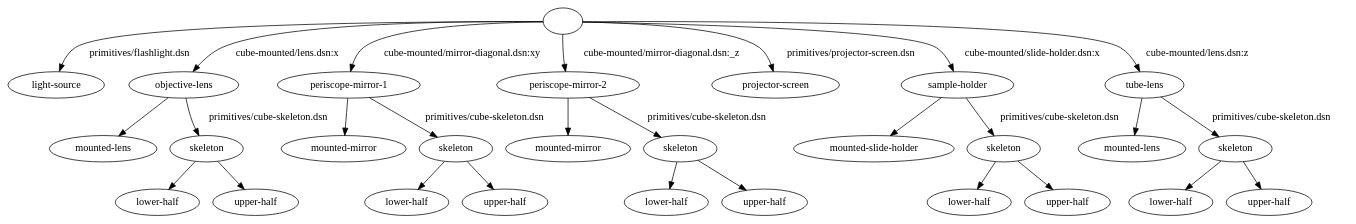
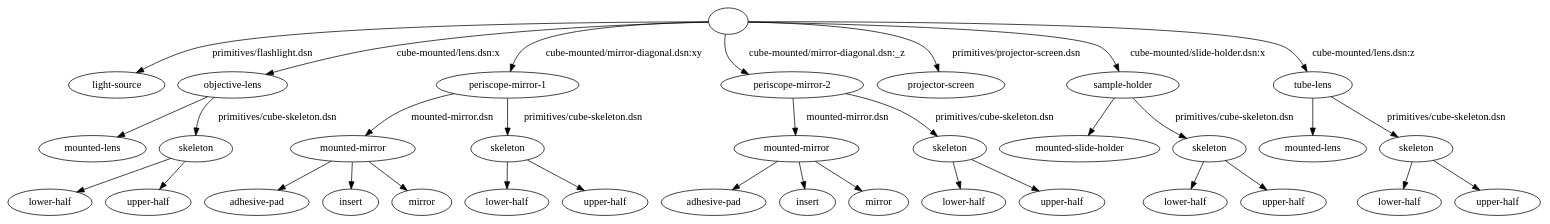
The diagram in examples/designs/microscopes/simple-3d.dsn/_components-graph.dot (openUC2/optikit), drawn with Graphviz before and after one commit. The commit also changed 77 other files, not shown here.

Commit message:
Decompose the diagonal mirror insert into its primitive components

```diff
--- a/examples/designs/microscopes/simple-3d.dsn/_components-graph.dot
+++ b/examples/designs/microscopes/simple-3d.dsn/_components-graph.dot
@@ -1,209 +1,253 @@
 strict digraph "" {
-	graph [bb="0,0,1484,286.6"];
+	graph [bb="0,0,1872.5,286.6"];
 	node [label="\N"];
 	edge [label="\E"];
 	""	[height=0.5,
-		pos="615.16,268.6",
+		pos="886.25,268.6",
 		width=0.75];
 	"light-source"	[height=0.5,
 		label="light-source",
-		pos="57.162,179.8",
+		pos="199.25,179.8",
 		width=1.5878];
 	"" -> "light-source"	[key=" -> light-source",
 		label="primitives/flashlight.dsn",
-		lp="149.92,224.2",
-		pos="e,60.603,198.24 587.94,267.41 485.06,266.49 123.74,261.21 81.668,232.6 73.48,227.03 67.955,217.96 64.259,208.96"];
+		lp="366.01,224.2",
+		pos="e,222.35,196.58 859,267.5 758.03,266.89 405.47,262.61 297.76,232.6 274.52,226.12 250.51,213.64 232.02,202.55"];
 	"objective-lens"	[height=0.5,
 		label="objective-lens",
-		pos="200.16,179.8",
+		pos="339.25,179.8",
 		width=1.8111];
 	"" -> "objective-lens"	[key=" -> objective-lens",
 		label="cube-mounted/lens.dsn:x",
-		lp="310.98,224.2",
-		pos="e,208.83,198.1 587.72,267.8 511.8,267.92 300.61,265.23 240.8,232.6 230.3,226.87 221.59,217.17 214.97,207.7"];
+		lp="572.07,224.2",
+		pos="e,376.11,195.08 858.93,267.14 795.56,265.65 633.9,259.3 501.89,232.6 462.23,224.58 418.6,210.37 386.52,198.87"];
 	"periscope-mirror-1"	[height=0.5,
 		label="periscope-mirror-1",
-		pos="379.16,179.8",
+		pos="624.25,179.8",
 		width=2.3324];
 	"" -> "periscope-mirror-1"	[key=" -> periscope-mirror-1",
 		label="cube-mounted/mirror-diagonal.dsn:xy",
-		lp="503.44,224.2",
-		pos="e,380.53,198.28 587.94,266.67 535.95,264.35 425.18,256.64 396.72,232.6 389.76,226.72 385.55,217.97 383.01,209.33"];
+		lp="771.53,224.2",
+		pos="e,633.2,198.08 859.3,265.8 807.74,261.97 697.35,251.74 664.81,232.6 654.58,226.58 645.97,216.92 639.36,207.56"];
 	"periscope-mirror-2"	[height=0.5,
 		label="periscope-mirror-2",
-		pos="629.16,179.8",
+		pos="946.25,179.8",
 		width=2.3324];
 	"" -> "periscope-mirror-2"	[key=" -> periscope-mirror-2",
 		label="cube-mounted/mirror-diagonal.dsn:_z",
-		lp="722.83,224.2",
-		pos="e,621.72,197.94 614.23,250.19 614.03,240.07 614.37,227.12 616.5,215.8 616.94,213.47 617.52,211.09 618.18,208.71"];
+		lp="993.92,224.2",
+		pos="e,907.99,196.07 882.73,250.61 881.42,239.91 881.51,226.2 887.59,215.8 890.51,210.81 894.45,206.45 898.91,202.66"];
 	"projector-screen"	[height=0.5,
 		label="projector-screen",
-		pos="851.16,179.8",
+		pos="1122.3,179.8",
 		width=2.0491];
 	"" -> "projector-screen"	[key=" -> projector-screen",
 		label="primitives/projector-screen.dsn",
-		lp="929.21,224.2",
-		pos="e,848.33,197.87 642.08,266.38 692.91,263.58 800.51,255.09 829.16,232.6 836.73,226.66 841.73,217.63 845.02,208.76"];
+		lp="1200.3,224.2",
+		pos="e,1119.4,197.87 913.17,266.38 964,263.58 1071.6,255.09 1100.3,232.6 1107.8,226.66 1112.8,217.63 1116.1,208.76"];
 	"sample-holder"	[height=0.5,
 		label="sample-holder",
-		pos="1049.2,179.8",
+		pos="1320.3,179.8",
 		width=1.841];
 	"" -> "sample-holder"	[key=" -> sample-holder",
 		label="cube-mounted/slide-holder.dsn:x",
-		lp="1127.7,224.2",
-		pos="e,1044.2,198.25 642.33,266.72 727.96,263.73 988.52,253.03 1020.2,232.6 1028.9,226.97 1035.2,217.77 1039.7,208.67"];
+		lp="1398.8,224.2",
+		pos="e,1315.3,198.25 913.42,266.72 999.06,263.73 1259.6,253.03 1291.3,232.6 1300,226.97 1306.3,217.77 1310.8,208.67"];
 	"tube-lens"	[height=0.5,
 		label="tube-lens",
-		pos="1257.2,179.8",
+		pos="1586.3,179.8",
 		width=1.2898];
 	"" -> "tube-lens"	[key=" -> tube-lens",
 		label="cube-mounted/lens.dsn:z",
-		lp="1310.5,224.2",
-		pos="e,1251.1,197.91 642.61,267.48 754.61,266.8 1173.6,262.27 1224.2,232.6 1233.7,227.03 1240.9,217.54 1246.1,208.19"];
+		lp="1601.9,224.2",
+		pos="e,1565.5,196.36 913.42,267.68 1016.6,267.72 1383.9,265.51 1495.3,232.6 1517,226.18 1539.1,213.75 1556.1,202.67"];
 	"objective-lens/mounted-lens"	[height=0.5,
 		label="mounted-lens",
-		pos="94.162,91",
+		pos="71.253,91",
 		width=1.7667];
 	"objective-lens" -> "objective-lens/mounted-lens"	[key="objective-lens -> objective-lens/mounted-lens",
 		label="",
-		pos="e,114.37,108.55 180.22,162.47 164.04,149.22 141.01,130.36 122.85,115.49"];
+		pos="e,112.15,105.25 297.97,165.43 250.91,150.19 173.93,125.26 122.93,108.74"];
 	"objective-lens/skeleton"	[height=0.5,
 		label=skeleton,
-		pos="219.16,91",
+		pos="196.25,91",
 		width=1.2005];
 	"objective-lens" -> "objective-lens/skeleton"	[key="objective-lens -> objective-lens/skeleton",
 		label="primitives/cube-skeleton.dsn",
-		lp="283.48,135.4",
-		pos="e,209.63,108.96 199.4,161.76 199.34,151.54 199.98,138.36 202.81,127 203.43,124.51 204.22,121.99 205.13,119.5"];
+		lp="358.58,135.4",
+		pos="e,218.95,106.8 311.3,163.22 300.77,157.25 288.72,150.31 277.9,143.8 261.38,133.86 243.25,122.41 228.28,112.81"];
 	"objective-lens/skeleton/lower-half"	[height=0.5,
 		label="lower-half",
-		pos="158.16,18",
+		pos="51.253,18",
 		width=1.4237];
 	"objective-lens/skeleton" -> "objective-lens/skeleton/lower-half"	[key="objective-lens/skeleton -> objective-lens/skeleton/lower-half",
 		label="",
-		pos="e,172.23,35.378 205.01,73.533 197.47,64.751 188.03,53.763 179.6,43.956"];
+		pos="e,80.395,33.269 168.98,76.645 146.87,65.82 115.42,50.419 90.586,38.259"];
 	"objective-lens/skeleton/upper-half"	[height=0.5,
 		label="upper-half",
-		pos="279.16,18",
+		pos="172.25,18",
 		width=1.4237];
 	"objective-lens/skeleton" -> "objective-lens/skeleton/upper-half"	[key="objective-lens/skeleton -> objective-lens/skeleton/upper-half",
 		label="",
-		pos="e,265.32,35.378 233.08,73.533 240.5,64.751 249.78,53.763 258.07,43.956"];
+		pos="e,178.01,36.029 190.44,72.813 187.79,64.964 184.58,55.47 181.6,46.656"];
 	"periscope-mirror-1/mounted-mirror"	[height=0.5,
 		label="mounted-mirror",
-		pos="361.16,91",
+		pos="429.25,91",
 		width=2.0199];
 	"periscope-mirror-1" -> "periscope-mirror-1/mounted-mirror"	[key="periscope-mirror-1 -> periscope-mirror-1/mounted-mirror",
-		label="",
-		pos="e,364.77,109.41 375.61,161.65 373.18,149.96 369.91,134.19 367.1,120.62"];
+		label="mounted-mirror.dsn",
+		lp="564.07,135.4",
+		pos="e,450.61,108.54 569.45,165.85 549.59,160.25 527.28,152.87 507.88,143.8 491.16,135.98 473.89,124.98 459.81,115.12"];
 	"periscope-mirror-1/skeleton"	[height=0.5,
 		label=skeleton,
-		pos="495.16,91",
+		pos="624.25,91",
 		width=1.2005];
 	"periscope-mirror-1" -> "periscope-mirror-1/skeleton"	[key="periscope-mirror-1 -> periscope-mirror-1/skeleton",
 		label="primitives/cube-skeleton.dsn",
-		lp="528.23,135.4",
-		pos="e,474.81,107.23 401.53,162.06 419.83,148.37 445.86,128.89 465.83,113.95"];
+		lp="704.93,135.4",
+		pos="e,624.25,109.41 624.25,161.65 624.25,149.96 624.25,134.19 624.25,120.62"];
+	"periscope-mirror-1/mounted-mirror/adhesive-pad"	[height=0.5,
+		label="adhesive-pad",
+		pos="303.25,18",
+		width=1.7217];
+	"periscope-mirror-1/mounted-mirror" -> "periscope-mirror-1/mounted-mirror/adhesive-pad"	[key="periscope-mirror-1/mounted-mirror -> periscope-mirror-1/mounted-mirror/adhesive-pad",
+		label="",
+		pos="e,330.57,34.393 400.98,74.066 383.14,64.016 359.9,50.923 340.57,40.025"];
+	"periscope-mirror-1/mounted-mirror/insert"	[height=0.5,
+		label=insert,
+		pos="415.25,18",
+		width=0.90253];
+	"periscope-mirror-1/mounted-mirror" -> "periscope-mirror-1/mounted-mirror/insert"	[key="periscope-mirror-1/mounted-mirror -> periscope-mirror-1/mounted-mirror/insert",
+		label="",
+		pos="e,418.61,36.029 425.86,72.813 424.35,65.138 422.53,55.891 420.82,47.244"];
+	"periscope-mirror-1/mounted-mirror/mirror"	[height=0.5,
+		label=mirror,
+		pos="501.25,18",
+		width=0.99186];
+	"periscope-mirror-1/mounted-mirror" -> "periscope-mirror-1/mounted-mirror/mirror"	[key="periscope-mirror-1/mounted-mirror -> periscope-mirror-1/mounted-mirror/mirror",
+		label="",
+		pos="e,485.79,34.253 446.32,73.174 455.67,63.947 467.42,52.368 477.64,42.286"];
 	"periscope-mirror-1/skeleton/lower-half"	[height=0.5,
 		label="lower-half",
-		pos="448.16,18",
+		pos="606.25,18",
 		width=1.4237];
 	"periscope-mirror-1/skeleton" -> "periscope-mirror-1/skeleton/lower-half"	[key="periscope-mirror-1/skeleton -> periscope-mirror-1/skeleton/lower-half",
 		label="",
-		pos="e,459.22,35.705 484.02,73.174 478.46,64.774 471.61,54.424 465.39,45.029"];
+		pos="e,610.57,36.029 619.9,72.813 617.93,65.051 615.55,55.681 613.34,46.95"];
 	"periscope-mirror-1/skeleton/upper-half"	[height=0.5,
 		label="upper-half",
-		pos="569.16,18",
+		pos="727.25,18",
 		width=1.4237];
 	"periscope-mirror-1/skeleton" -> "periscope-mirror-1/skeleton/upper-half"	[key="periscope-mirror-1/skeleton -> periscope-mirror-1/skeleton/upper-half",
 		label="",
-		pos="e,552.01,35.453 511.58,74.243 521.06,65.152 533.17,53.529 543.84,43.292"];
+		pos="e,704.87,34.429 645.6,75.289 660.08,65.306 679.47,51.938 695.72,40.734"];
 	"periscope-mirror-2/mounted-mirror"	[height=0.5,
 		label="mounted-mirror",
-		pos="629.16,91",
+		pos="967.25,91",
 		width=2.0199];
 	"periscope-mirror-2" -> "periscope-mirror-2/mounted-mirror"	[key="periscope-mirror-2 -> periscope-mirror-2/mounted-mirror",
-		label="",
-		pos="e,629.16,109.41 629.16,161.65 629.16,149.96 629.16,134.19 629.16,120.62"];
+		label="mounted-mirror.dsn",
+		lp="1014.8,135.4",
+		pos="e,963.04,109.41 950.4,161.65 953.26,149.84 957.12,133.87 960.43,120.21"];
 	"periscope-mirror-2/skeleton"	[height=0.5,
 		label=skeleton,
-		pos="763.16,91",
+		pos="1151.3,91",
 		width=1.2005];
 	"periscope-mirror-2" -> "periscope-mirror-2/skeleton"	[key="periscope-mirror-2 -> periscope-mirror-2/skeleton",
 		label="primitives/cube-skeleton.dsn",
-		lp="788.84,135.4",
-		pos="e,740.41,106.73 654.68,162.27 676.34,148.24 707.54,128.03 730.92,112.88"];
+		lp="1184.5,135.4",
+		pos="e,1132.3,107.55 1006.5,166.87 1028.7,161.34 1053.6,153.75 1075.3,143.8 1092.2,135.98 1109.6,124.49 1123.4,114.32"];
+	"periscope-mirror-2/mounted-mirror/adhesive-pad"	[height=0.5,
+		label="adhesive-pad",
+		pos="858.25,18",
+		width=1.7217];
+	"periscope-mirror-2/mounted-mirror" -> "periscope-mirror-2/mounted-mirror/adhesive-pad"	[key="periscope-mirror-2/mounted-mirror -> periscope-mirror-2/mounted-mirror/adhesive-pad",
+		label="",
+		pos="e,882.77,34.968 942.25,73.711 927.46,64.082 908.54,51.755 892.4,41.241"];
+	"periscope-mirror-2/mounted-mirror/insert"	[height=0.5,
+		label=insert,
+		pos="970.25,18",
+		width=0.90253];
+	"periscope-mirror-2/mounted-mirror" -> "periscope-mirror-2/mounted-mirror/insert"	[key="periscope-mirror-2/mounted-mirror -> periscope-mirror-2/mounted-mirror/insert",
+		label="",
+		pos="e,969.53,36.029 967.98,72.813 968.3,65.138 968.69,55.891 969.06,47.244"];
+	"periscope-mirror-2/mounted-mirror/mirror"	[height=0.5,
+		label=mirror,
+		pos="1056.3,18",
+		width=0.99186];
+	"periscope-mirror-2/mounted-mirror" -> "periscope-mirror-2/mounted-mirror/mirror"	[key="periscope-mirror-2/mounted-mirror -> periscope-mirror-2/mounted-mirror/mirror",
+		label="",
+		pos="e,1037.8,33.69 987.9,73.533 1000.2,63.747 1015.9,51.222 1029.1,40.644"];
 	"periscope-mirror-2/skeleton/lower-half"	[height=0.5,
 		label="lower-half",
-		pos="748.16,18",
+		pos="1161.3,18",
 		width=1.4237];
 	"periscope-mirror-2/skeleton" -> "periscope-mirror-2/skeleton/lower-half"	[key="periscope-mirror-2/skeleton -> periscope-mirror-2/skeleton/lower-half",
 		label="",
-		pos="e,751.76,36.029 759.53,72.813 757.91,65.138 755.96,55.891 754.13,47.244"];
+		pos="e,1158.9,36.029 1153.7,72.813 1154.8,65.138 1156.1,55.891 1157.3,47.244"];
 	"periscope-mirror-2/skeleton/upper-half"	[height=0.5,
 		label="upper-half",
-		pos="869.16,18",
+		pos="1282.3,18",
 		width=1.4237];
 	"periscope-mirror-2/skeleton" -> "periscope-mirror-2/skeleton/upper-half"	[key="periscope-mirror-2/skeleton -> periscope-mirror-2/skeleton/upper-half",
 		label="",
-		pos="e,846.24,34.355 785.38,75.116 800.3,65.122 820.2,51.793 836.86,40.633"];
+		pos="e,1255.4,33.555 1176.8,76.142 1196.4,65.551 1223.6,50.804 1245.5,38.945"];
 	"sample-holder/mounted-slide-holder"	[height=0.5,
 		label="mounted-slide-holder",
-		pos="955.16,91",
+		pos="1306.3,91",
 		width=2.6159];
 	"sample-holder" -> "sample-holder/mounted-slide-holder"	[key="sample-holder -> sample-holder/mounted-slide-holder",
 		label="",
-		pos="e,973.55,108.98 1031,162.06 1017.1,149.18 997.58,131.17 981.85,116.64"];
+		pos="e,1309.1,109.41 1317.5,161.65 1315.6,149.96 1313.1,134.19 1310.9,120.62"];
 	"sample-holder/skeleton"	[height=0.5,
 		label=skeleton,
-		pos="1110.2,91",
+		pos="1461.3,91",
 		width=1.2005];
 	"sample-holder" -> "sample-holder/skeleton"	[key="sample-holder -> sample-holder/skeleton",
 		label="primitives/cube-skeleton.dsn",
-		lp="1164.5,135.4",
-		pos="e,1097.4,108.59 1060.2,161.84 1066.9,151.65 1075.7,138.47 1083.8,127 1086,123.96 1088.3,120.8 1090.6,117.68"];
+		lp="1484.1,135.4",
+		pos="e,1437.9,106.38 1346.1,162.88 1369.2,148.68 1403.1,127.83 1428.1,112.41"];
 	"sample-holder/skeleton/lower-half"	[height=0.5,
 		label="lower-half",
-		pos="997.16,18",
+		pos="1437.3,18",
 		width=1.4237];
 	"sample-holder/skeleton" -> "sample-holder/skeleton/lower-half"	[key="sample-holder/skeleton -> sample-holder/skeleton/lower-half",
 		label="",
-		pos="e,1021.4,34.256 1087,75.461 1070.9,65.328 1049.1,51.647 1031,40.289"];
+		pos="e,1443,36.029 1455.4,72.813 1452.8,64.964 1449.6,55.47 1446.6,46.656"];
 	"sample-holder/skeleton/upper-half"	[height=0.5,
 		label="upper-half",
-		pos="1118.2,18",
+		pos="1558.3,18",
 		width=1.4237];
 	"sample-holder/skeleton" -> "sample-holder/skeleton/upper-half"	[key="sample-holder/skeleton -> sample-holder/skeleton/upper-half",
 		label="",
-		pos="e,1116.2,36.029 1112.1,72.813 1113,65.138 1114,55.891 1115,47.244"];
+		pos="e,1536.7,34.774 1481.8,74.943 1495.2,65.167 1512.8,52.254 1527.8,41.297"];
 	"tube-lens/mounted-lens"	[height=0.5,
 		label="mounted-lens",
-		pos="1243.2,91",
+		pos="1586.3,91",
 		width=1.7667];
 	"tube-lens" -> "tube-lens/mounted-lens"	[key="tube-lens -> tube-lens/mounted-lens",
 		label="",
-		pos="e,1246,109.41 1254.4,161.65 1252.5,149.96 1250,134.19 1247.8,120.62"];
+		pos="e,1586.3,109.41 1586.3,161.65 1586.3,149.96 1586.3,134.19 1586.3,120.62"];
 	"tube-lens/skeleton"	[height=0.5,
 		label=skeleton,
-		pos="1368.2,91",
+		pos="1711.3,91",
 		width=1.2005];
 	"tube-lens" -> "tube-lens/skeleton"	[key="tube-lens -> tube-lens/skeleton",
 		label="primitives/cube-skeleton.dsn",
-		lp="1403.3,135.4",
-		pos="e,1348.5,107.38 1277,163.28 1294.4,149.64 1320,129.63 1339.7,114.28"];
+		lp="1740.6,135.4",
+		pos="e,1689.8,106.88 1608.3,163.48 1628.3,149.58 1658.1,128.93 1680.4,113.4"];
 	"tube-lens/skeleton/lower-half"	[height=0.5,
 		label="lower-half",
-		pos="1307.2,18",
+		pos="1700.3,18",
 		width=1.4237];
 	"tube-lens/skeleton" -> "tube-lens/skeleton/lower-half"	[key="tube-lens/skeleton -> tube-lens/skeleton/lower-half",
 		label="",
-		pos="e,1321.2,35.378 1354,73.533 1346.5,64.751 1337,53.763 1328.6,43.956"];
+		pos="e,1702.9,36.029 1708.6,72.813 1707.4,65.138 1706,55.891 1704.6,47.244"];
 	"tube-lens/skeleton/upper-half"	[height=0.5,
 		label="upper-half",
-		pos="1428.2,18",
+		pos="1821.3,18",
 		width=1.4237];
 	"tube-lens/skeleton" -> "tube-lens/skeleton/upper-half"	[key="tube-lens/skeleton -> tube-lens/skeleton/upper-half",
 		label="",
-		pos="e,1414.3,35.378 1382.1,73.533 1389.5,64.751 1398.8,53.763 1407.1,43.956"];
+		pos="e,1797.7,34.182 1734,75.289 1749.8,65.144 1770.9,51.503 1788.4,40.191"];
 }
```
